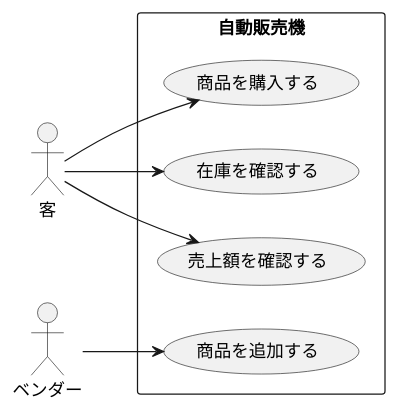
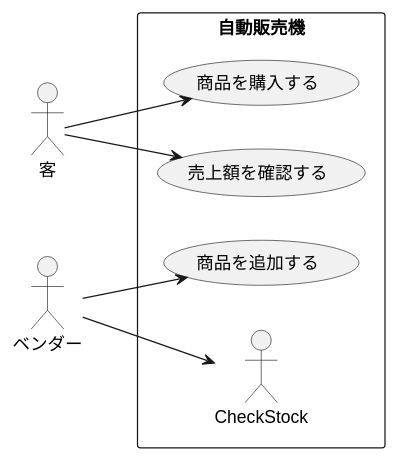
Before and after one commit to hosoya0503/uml-intro: the diagram in 演習6-4-2_ユースケース図_自動販売機.pu, drawn with PlantUML.

```diff
--- a/演習6-4-2_ユースケース図_自動販売機.pu
+++ b/演習6-4-2_ユースケース図_自動販売機.pu
@@ -1,21 +1,20 @@
 @startuml 自販機
 
 left to right direction
 skinparam packageStyle rectangle
 
 actor 客 as Customer
 actor ベンダー as Vendor
 
 rectangle 自動販売機 {
   usecase 商品を購入する as Buy
-  usecase 在庫を確認する as CheckStock
   usecase 売上額を確認する as CheckRevenue
   usecase 商品を追加する as AddProduct
 
   Customer --> Buy
-  Customer --> CheckStock
+  Vendor --> CheckStock
   Customer --> CheckRevenue
   Vendor --> AddProduct
 }
 
 @enduml
```
